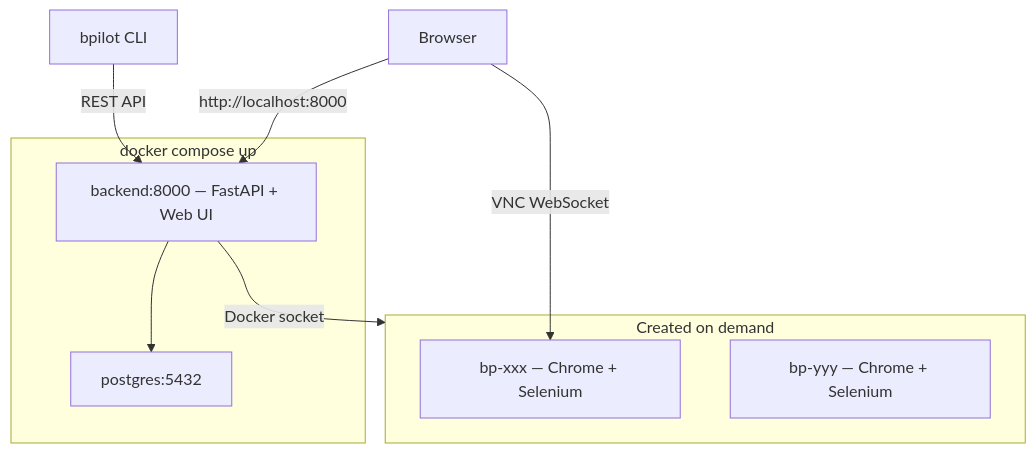
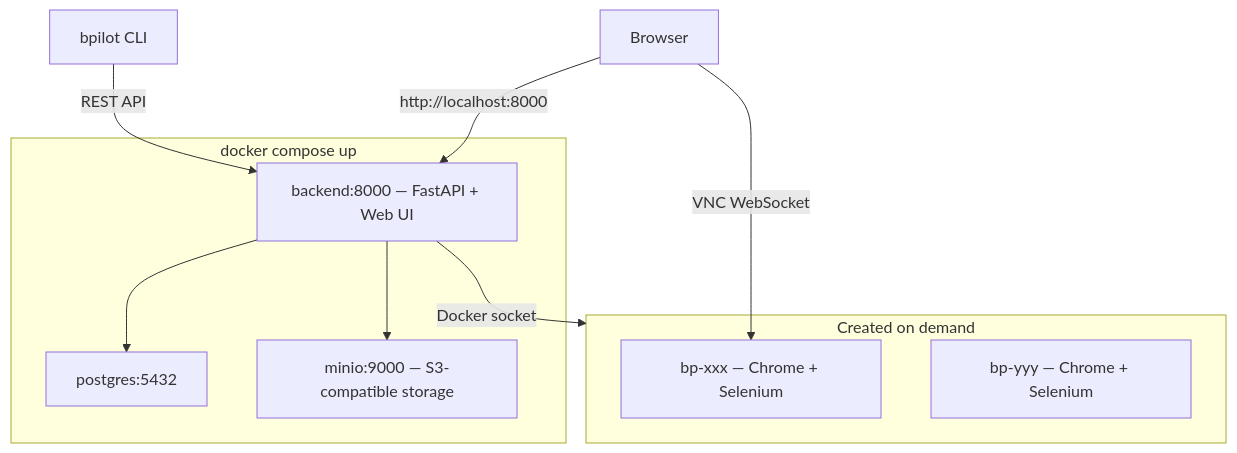
One commit to NoDeskAI/browser-pilot changed the diagram in README.md. Above: the diagram before and after it, drawn with Mermaid. The commit also changed other lines of this file and 17 other files, not shown here.

Commit message:
feat(storage): 内置 MinIO 作为默认 S3 存储

````diff
--- a/README.md
+++ b/README.md
@@ -67,16 +70,18 @@
 ```mermaid
 graph TB
   subgraph compose ["docker compose up"]
     Backend["backend:8000 — FastAPI + Web UI"]
     Postgres["postgres:5432"]
+    MinIO["minio:9000 — S3-compatible storage"]
   end
   subgraph dynamic ["Created on demand"]
     B1["bp-xxx — Chrome + Selenium"]
     B2["bp-yyy — Chrome + Selenium"]
   end
   User["Browser"] -->|"http://localhost:8000"| Backend
   User -->|"VNC WebSocket"| B1
   CLI["bpilot CLI"] -->|"REST API"| Backend
   Backend -->|"Docker socket"| dynamic
   Backend --> Postgres
+  Backend --> MinIO
 ```
````
